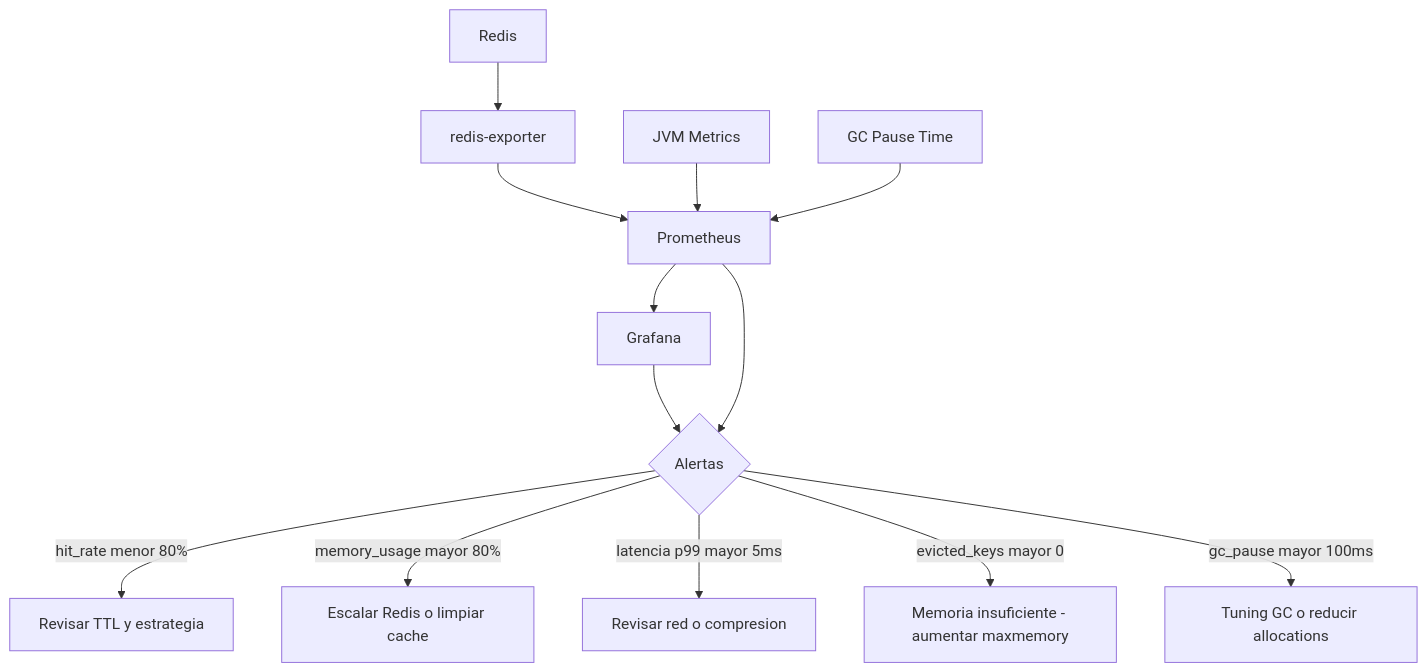
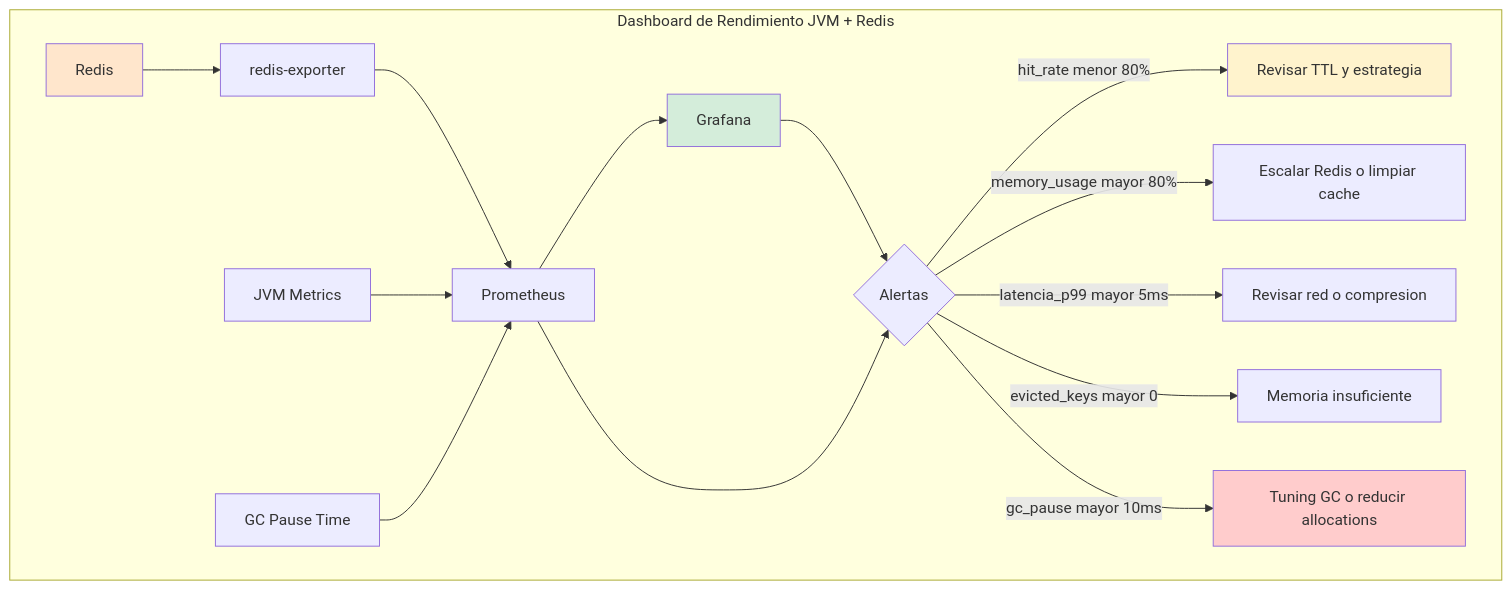
The third of 4 diagrams in 04_Bases_de_Datos/optimizacion_jvm_y_cache_distribuida_redis_java_21_STAFF.md (Joaquinriosheredia/DAM-Java-Mastery), drawn with Mermaid before and after one commit. The commit also changed other lines of this file, not shown here.

Commit message:
optimizacion_jvm_y_cache_distribuida_redis_java_21_STAFF.md

````diff
--- a/04_Bases_de_Datos/optimizacion_jvm_y_cache_distribuida_redis_java_21_STAFF.md
+++ b/04_Bases_de_Datos/optimizacion_jvm_y_cache_distribuida_redis_java_21_STAFF.md
@@ -335,15 +601,24 @@
 ```mermaid
 graph TD
-    A[Redis] --> B[redis-exporter]
-    B --> C[Prometheus]
-    C --> D[Grafana]
-    D --> E{Alertas}
-    E -->|hit_rate menor 80%| F[Revisar TTL y estrategia]
-    E -->|memory_usage mayor 80%| G[Escalar Redis o limpiar cache]
-    E -->|latencia p99 mayor 5ms| H[Revisar red o compresion]
-    E -->|evicted_keys mayor 0| I[Memoria insuficiente - aumentar maxmemory]
-    J[JVM Metrics] --> C
-    K[GC Pause Time] --> C
-    C --> E
-    E -->|gc_pause mayor 100ms| L[Tuning GC o reducir allocations]
+    subgraph "Dashboard de Rendimiento JVM + Redis"
+        REDIS[Redis] --> EXPORTER[redis-exporter]
+        EXPORTER --> PROM[Prometheus]
+        PROM --> GRAF[Grafana]
+        GRAF --> ALERT{Alertas}
+        
+        ALERT -->|hit_rate menor 80%| F1[Revisar TTL y estrategia]
+        ALERT -->|memory_usage mayor 80%| F2[Escalar Redis o limpiar cache]
+        ALERT -->|latencia_p99 mayor 5ms| F3[Revisar red o compresion]
+        ALERT -->|evicted_keys mayor 0| F4[Memoria insuficiente]
+        
+        JVM[JVM Metrics] --> PROM
+        GC[GC Pause Time] --> PROM
+        PROM --> ALERT
+        ALERT -->|gc_pause mayor 10ms| F5[Tuning GC o reducir allocations]
+    end
+    
+    style REDIS fill:#ffe6cc
+    style GRAF fill:#d4edda
+    style F1 fill:#fff3cd
+    style F5 fill:#ffcccc
 ```
````
